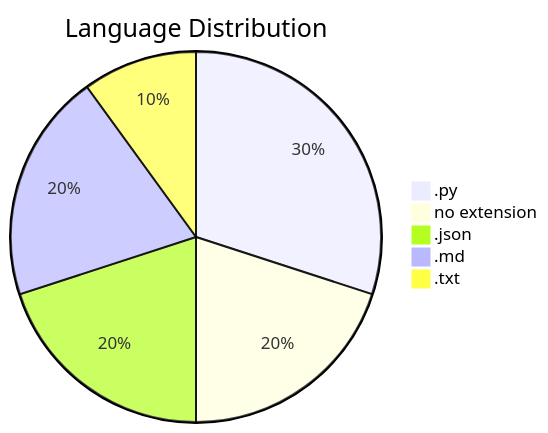
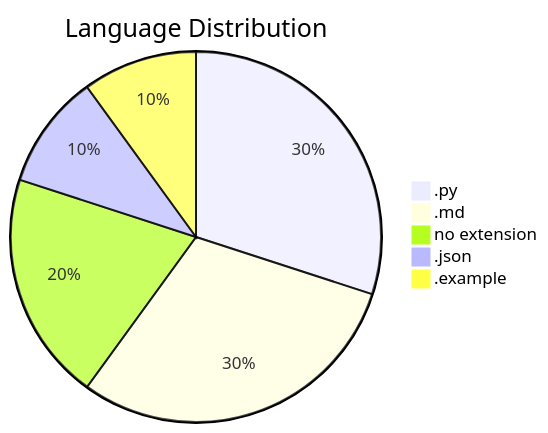
One commit to lystwork/ndaversis changed the first of 9 diagrams in readme.md. Above: the diagram before and after it, drawn with Mermaid. The commit also changed other lines of this file and 4 other files, not shown here.

````diff
--- a/readme.md
+++ b/readme.md
@@ -122,8 +173,8 @@
 ```mermaid
 pie title Language Distribution
     ".py" : 3
+    ".md" : 3
     "no extension" : 2
-    ".json" : 2
-    ".md" : 2
-    ".txt" : 1
+    ".json" : 1
+    ".example" : 1
 ```
````
